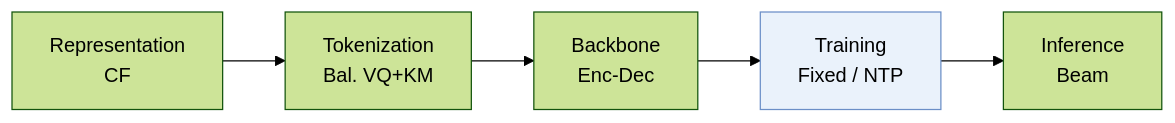
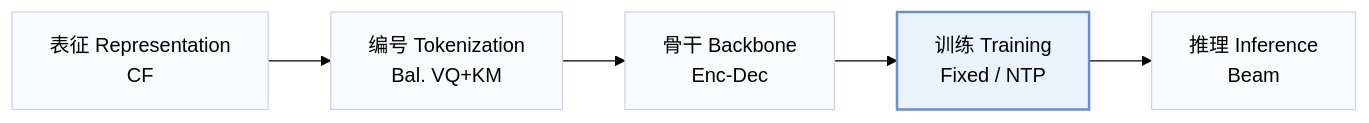
The first of 2 diagrams in pages/zh/papers/mbgen.md (Galaxy-ghost/Awesome-SID-Generative-Rec), drawn with Mermaid (forest theme) before and after one commit. The commit also changed other lines of this file and 649 other files, not shown here.

Commit message:
writer-05: also tags and modality index (schema, check, build, visuals); summary field removed; calibration data for 12 papers

````diff
--- a/pages/zh/papers/mbgen.md
+++ b/pages/zh/papers/mbgen.md
@@ -13,6 +15,8 @@
 ```mermaid
 flowchart LR
-    R["Representation<br/>CF"] --> T["Tokenization<br/>Bal. VQ+KM"] --> B["Backbone<br/>Enc-Dec"] --> TR["Training<br/>Fixed / NTP"] --> I["Inference<br/>Beam"]
-    classDef main fill:#eaf2fb,stroke:#6b8fc7
+    R["表征 Representation<br/>CF"] --> T["编号 Tokenization<br/>Bal. VQ+KM"] --> B["骨干 Backbone<br/>Enc-Dec"] --> TR["训练 Training<br/>Fixed / NTP"] --> I["推理 Inference<br/>Beam"]
+    classDef base fill:#f8fafc,stroke:#cbd5e1
+    class R,T,B,TR,I base
+    classDef main fill:#eaf2fb,stroke:#6b8fc7,stroke-width:2px
     class TR main
 ```
````
